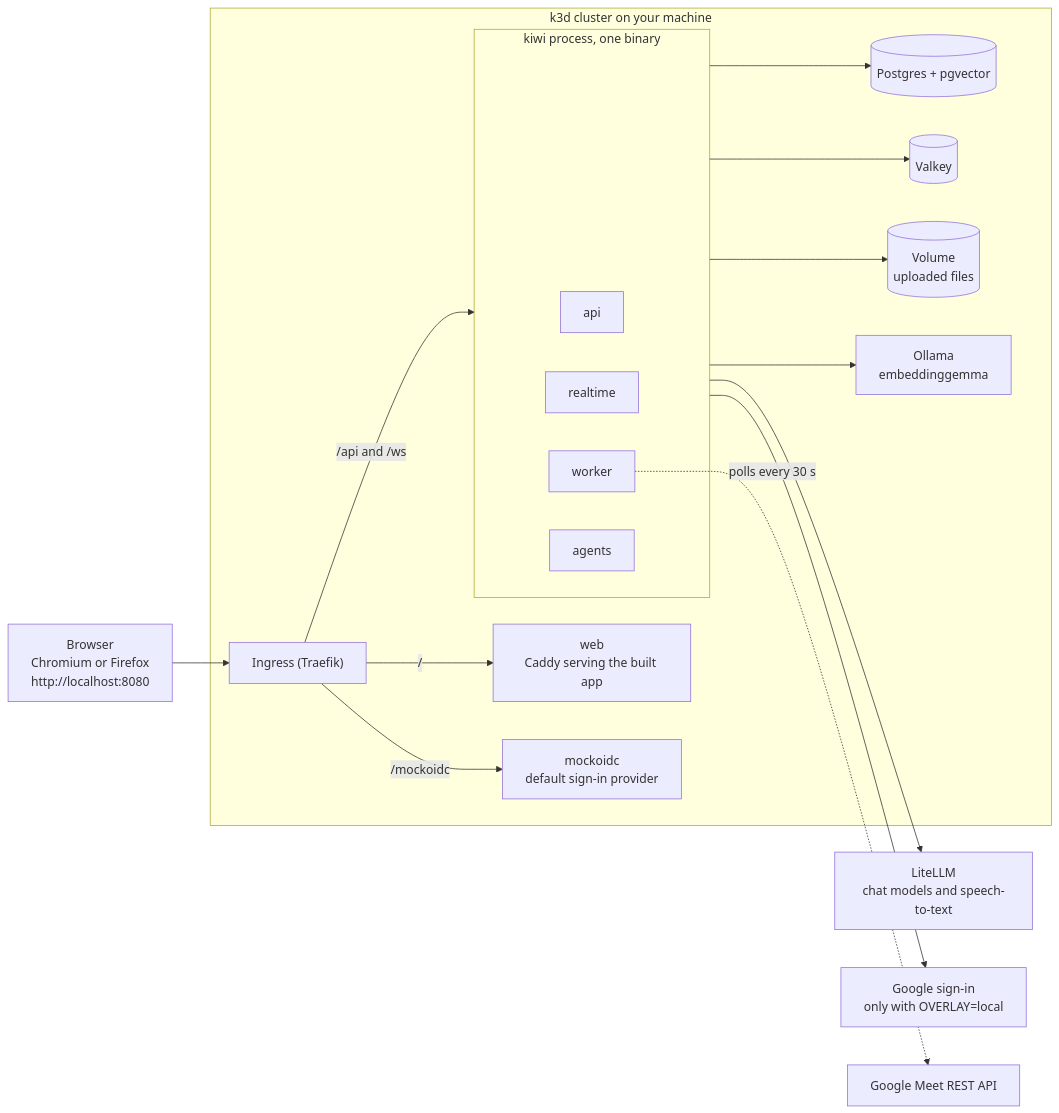
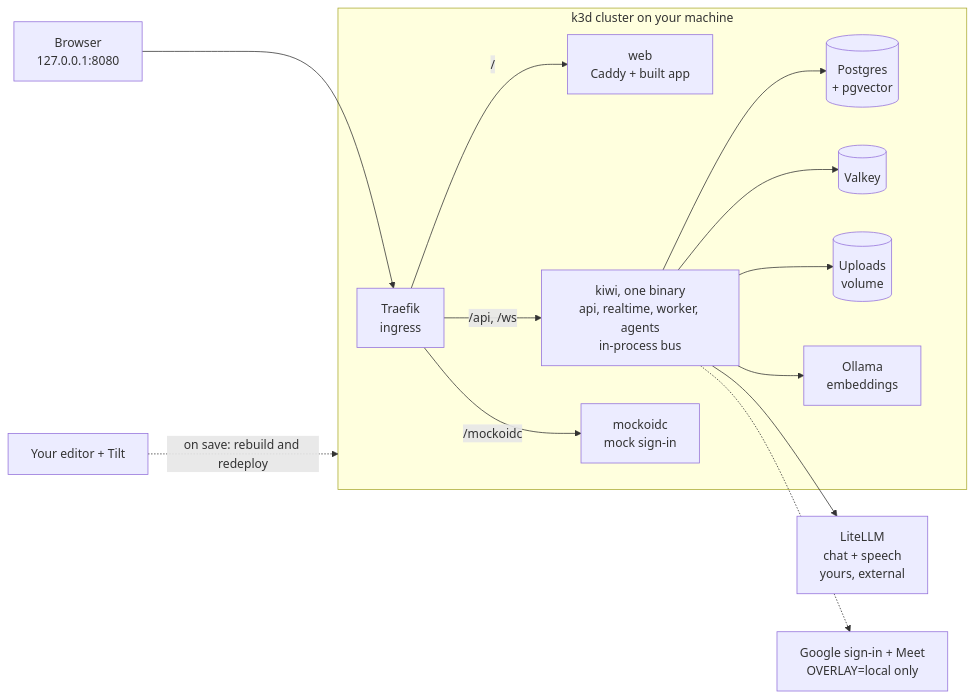
The first of 3 diagrams in README.md (Gemii-Team/gcp-ai-builder-cup-2026), drawn with Mermaid before and after one commit. The commit also changed other lines of this file, not shown here.

First line of the commit message:
docs(readme): rewrite for readability, with local and production diagrams

````diff
--- a/README.md
+++ b/README.md
@@ -25,36 +52,24 @@
 ```mermaid
 flowchart LR
-    browser["Browser<br/>Chromium or Firefox<br/>http://localhost:8080"]
-
-    subgraph cluster["k3d cluster on your machine"]
-        ingress["Ingress (Traefik)"]
-        web["web<br/>Caddy serving the built app"]
-        mock["mockoidc<br/>default sign-in provider"]
-        subgraph kiwi["kiwi process, one binary"]
-            api["api"]
-            realtime["realtime"]
-            worker["worker"]
-            agents["agents"]
-        end
-        postgres[("Postgres + pgvector")]
-        valkey[("Valkey")]
-        volume[("Volume<br/>uploaded files")]
-        ollama["Ollama<br/>embeddinggemma"]
+    you["Browser<br/>127.0.0.1:8080"]
+    tilt["Your editor + Tilt"]
+    subgraph k3d["k3d cluster on your machine"]
+        traefik["Traefik<br/>ingress"]
+        web["web<br/>Caddy + built app"]
+        kiwi["kiwi, one binary<br/>api, realtime, worker, agents<br/>in-process bus"]
+        mock["mockoidc<br/>mock sign-in"]
+        pg[("Postgres<br/>+ pgvector")]
+        vk[("Valkey")]
+        vol[("Uploads<br/>volume")]
+        ollama["Ollama<br/>embeddings"]
     end
-
-    litellm["LiteLLM<br/>chat models and speech-to-text"]
-    google["Google sign-in<br/>only with OVERLAY=local"]
-    meet["Google Meet REST API"]
-
-    browser --> ingress
-    ingress -->|"/"| web
-    ingress -->|"/api and /ws"| kiwi
-    ingress -->|"/mockoidc"| mock
-    kiwi --> postgres
-    kiwi --> valkey
-    kiwi --> volume
-    kiwi --> ollama
-    kiwi --> litellm
-    kiwi --> google
-    worker -.->|"polls every 30 s"| meet
+    llm["LiteLLM<br/>chat + speech<br/>yours, external"]
+    goog["Google sign-in + Meet<br/>OVERLAY=local only"]
+    you --> traefik
+    traefik -->|"/"| web
+    traefik -->|"/api, /ws"| kiwi
+    traefik -->|"/mockoidc"| mock
+    kiwi --> pg & vk & vol & ollama & llm
+    kiwi -.-> goog
+    tilt -.->|"on save: rebuild and redeploy"| k3d
 ```
````
